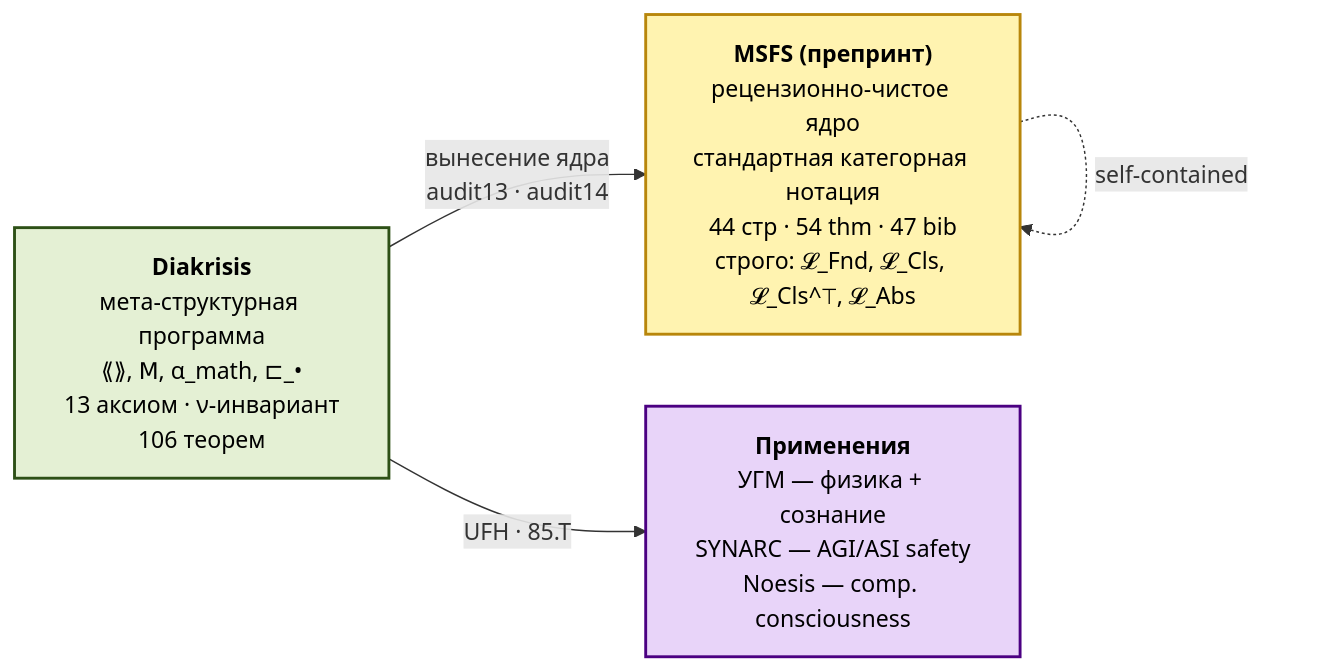
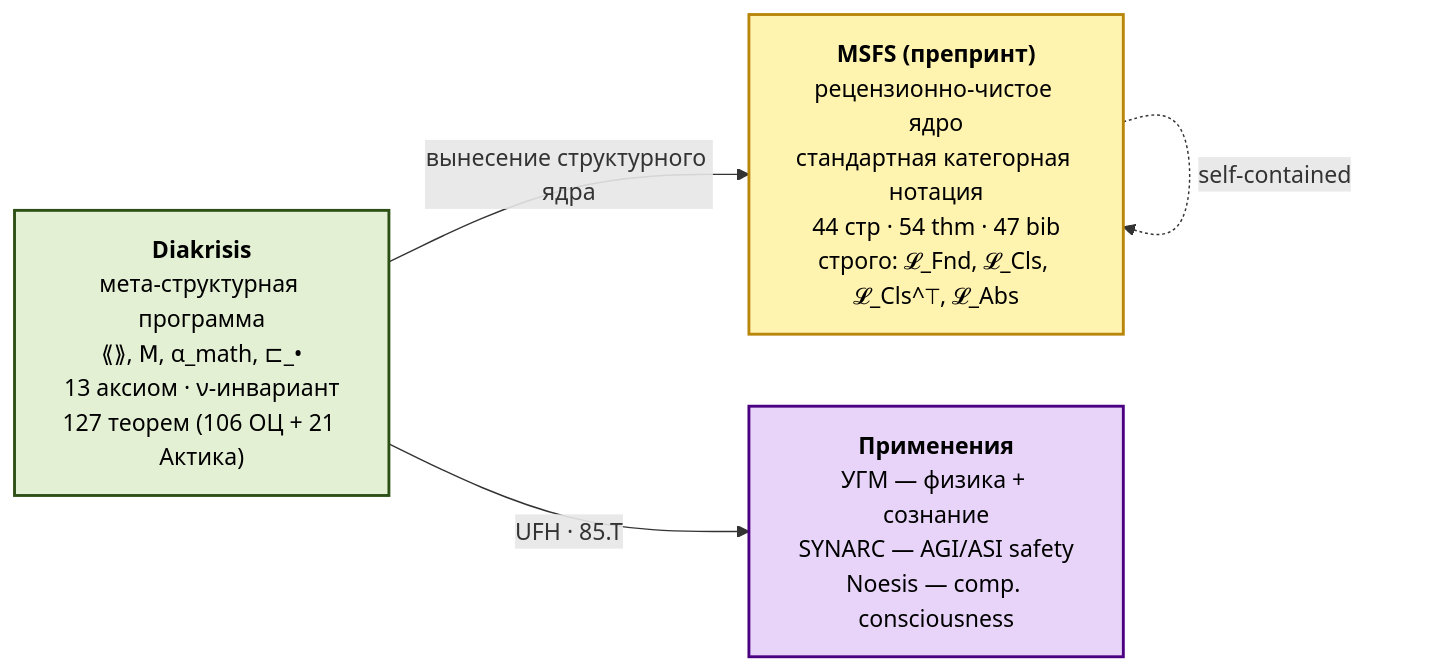
The fifth of 7 diagrams in docs/intro.md (gst-st/diakrisis), drawn with Mermaid before and after one commit. The commit also changed other lines of this file and 45 other files, not shown here.

````diff
--- a/docs/intro.md
+++ b/docs/intro.md
@@ -192,14 +194,14 @@
 ```mermaid
 flowchart LR
     classDef d fill:#e4f0d4,stroke:#2d5016,stroke-width:2px,color:#000
     classDef m fill:#fff3b0,stroke:#b8860b,stroke-width:2px,color:#000
     classDef a fill:#e8d4f9,stroke:#4b0082,stroke-width:2px,color:#000
 
-    DK["<b>Diakrisis</b><br/>мета-структурная программа<br/>⟪⟫, 𝖬, α_math, ⊏_•<br/>13 аксиом · ν-инвариант<br/>106 теорем"]:::d
+    DK["<b>Diakrisis</b><br/>мета-структурная программа<br/>⟪⟫, 𝖬, α_math, ⊏_•<br/>13 аксиом · ν-инвариант<br/>127 теорем (106 ОЦ + 21 Актика)"]:::d
     MS["<b>MSFS (препринт)</b><br/>рецензионно-чистое ядро<br/>стандартная категорная нотация<br/>44 стр · 54 thm · 47 bib<br/>строго: 𝓛_Fnd, 𝓛_Cls, 𝓛_Cls^⊤, 𝓛_Abs"]:::m
     APP["<b>Применения</b><br/>УГМ — физика + сознание<br/>SYNARC — AGI/ASI safety<br/>Noesis — comp. consciousness"]:::a
 
-    DK -->|"вынесение ядра<br/>audit13 · audit14"| MS
+    DK -->|"вынесение структурного ядра"| MS
     DK -->|"UFH · 85.T"| APP
     MS -.->|"self-contained"| MS
 ```
````
